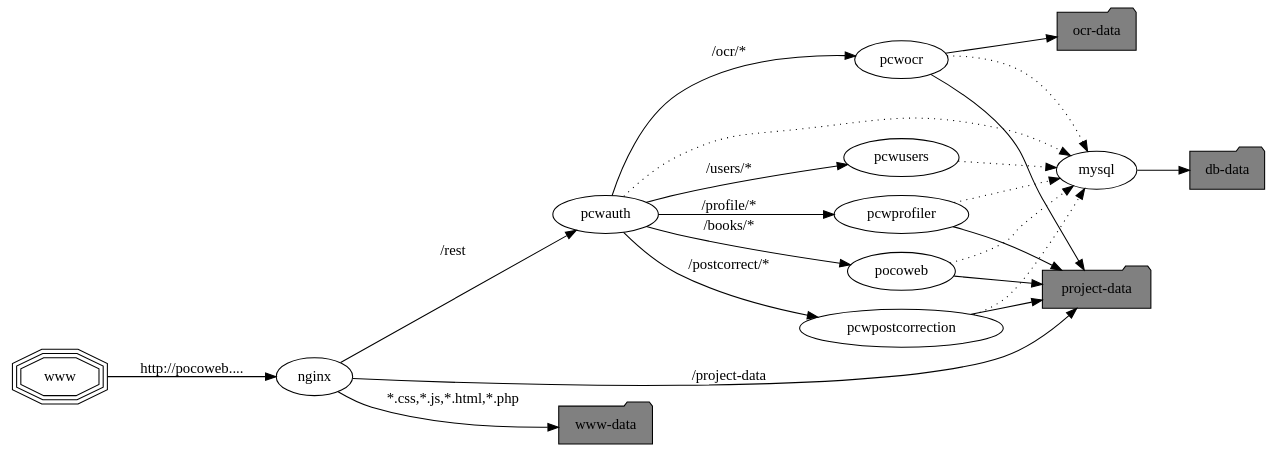
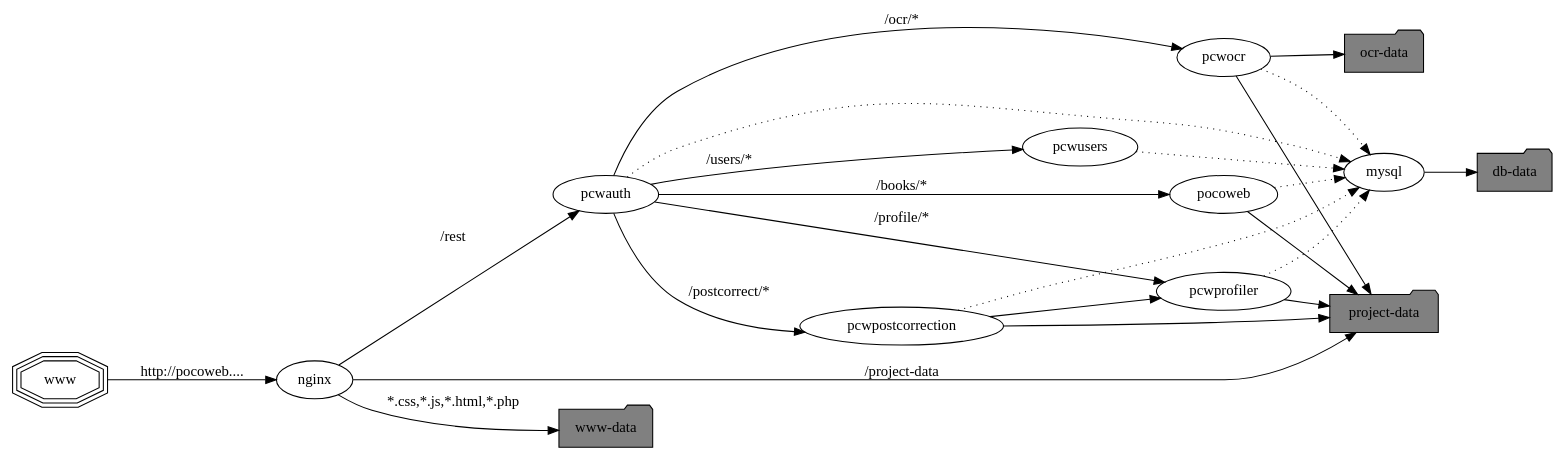
One commit to cisocrgroup/pocoweb changed the diagram in frontend/public_html/img/doc/overview.dot. Above: the diagram before and after it, drawn with Graphviz.

Commit message:
Add the future connection between pcwpostcorrection and pcwprofiler

```diff
--- a/frontend/public_html/img/doc/overview.dot
+++ b/frontend/public_html/img/doc/overview.dot
@@ -1,38 +1,39 @@
 digraph ov {
  rankdir=LR;
  www [shape=tripleoctagon]
  nginx
  pocoweb
  mysql
  pcwauth
  pcwusers
  pcwprofiler
  pcwpostcorrection
  pcwocr
  wwwd [label="www-data" shape=folder fillcolor=gray style=filled]
  projectd [label="project-data" shape=folder fillcolor=gray style=filled]
  ocrd [label="ocr-data" shape=folder fillcolor=gray style=filled]
  dbd [label="db-data" shape=folder fillcolor=gray style=filled]
 
  www -> nginx [label="http://pocoweb...."]
  nginx -> pcwauth [label="/rest"]
  nginx -> projectd [label="/project-data"]
  nginx -> wwwd [label="*.css,*.js,*.html,*.php"]
  pocoweb -> mysql [style=dotted]
  pocoweb -> projectd
  pcwauth -> pocoweb [label="/books/*"]
  pcwauth -> pcwusers [label="/users/*"]
  pcwauth -> pcwocr [label="/ocr/*"]
  pcwauth -> pcwprofiler [label="/profile/*"]
  pcwauth -> pcwpostcorrection [label="/postcorrect/*"]
  pcwauth -> mysql [style=dotted]
  pcwprofiler -> projectd
  pcwprofiler -> mysql [style=dotted]
+ pcwpostcorrection -> pcwprofiler
  pcwpostcorrection -> projectd
  pcwpostcorrection -> mysql [style=dotted]
  pcwocr -> projectd
  pcwocr -> mysql [style=dotted]
  pcwocr -> ocrd
  pcwusers -> mysql [style=dotted]
  mysql -> dbd
 }
```
